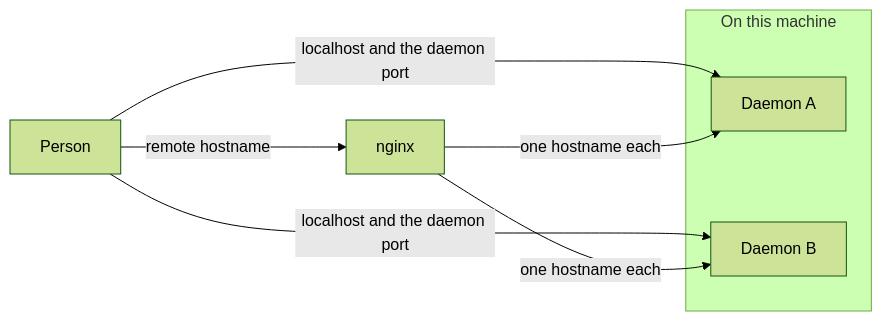
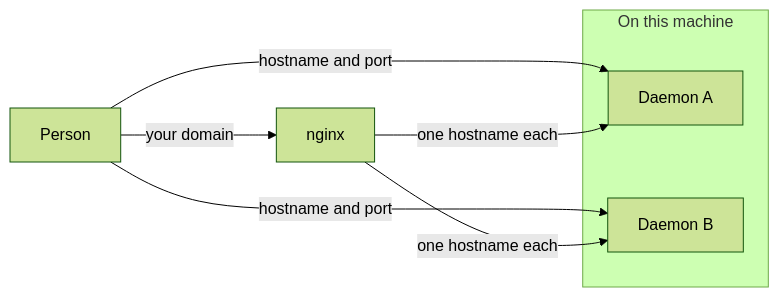
One commit to schleising/transmission-webui changed the first of 6 diagrams in Design/transmission-webui.md. Above: the diagram before and after it, drawn with Mermaid (forest theme). The commit also changed other lines of this file and 1 other file, not shown here.

Commit message:
Revise Transmission WebUI design documentation to reflect updates for Transmission 4.1.3, including changes to the wire protocol, polling method names, and interface versioning. Clarify instance color and title management, and enhance details on local and remote access configurations.

````diff
--- a/Design/transmission-webui.md
+++ b/Design/transmission-webui.md
@@ -25,14 +28,14 @@
 ```mermaid
 flowchart LR
   person[Person]
   subgraph local [On this machine]
     d1[Daemon A]
     d2[Daemon B]
   end
   nginx[nginx]
-  person -->|localhost and the daemon port| d1
-  person -->|localhost and the daemon port| d2
-  person -->|remote hostname| nginx
+  person -->|hostname and port| d1
+  person -->|hostname and port| d2
+  person -->|your domain| nginx
   nginx -->|one hostname each| d1
   nginx -->|one hostname each| d2
 ```
````
